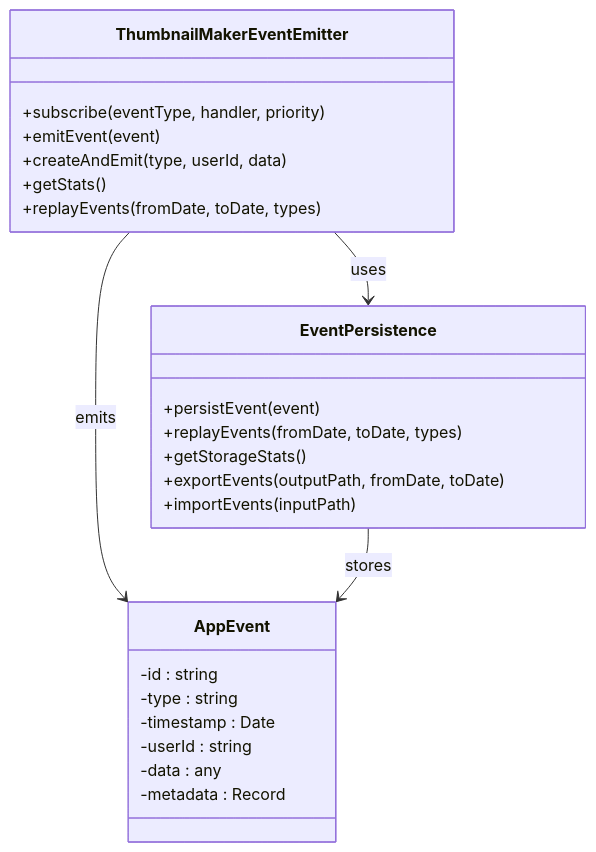
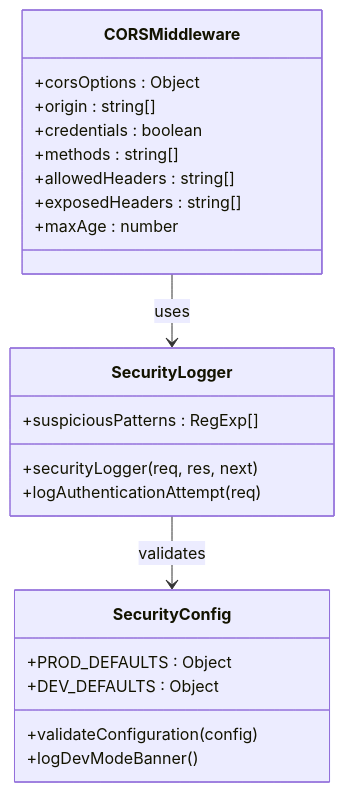
One commit to Brimstow/ThumPiks changed diagram 12 of 23 in .qoder/repowiki/en/content/Backend Architecture/Backend Architecture.md. Above: the diagram before and after it, drawn with Mermaid. The commit also changed other lines of this file and 900 other files, not shown here.

````diff
--- a/.qoder/repowiki/en/content/Backend Architecture/Backend Architecture.md
+++ b/.qoder/repowiki/en/content/Backend Architecture/Backend Architecture.md
@@ -199,28 +678,25 @@
 ```mermaid
 classDiagram
-class ThumbnailMakerEventEmitter {
-+subscribe(eventType, handler, priority)
-+emitEvent(event)
-+createAndEmit(type, userId, data)
-+getStats()
-+replayEvents(fromDate, toDate, types)
+class CORSMiddleware {
++corsOptions : Object
++origin : string[]
++credentials : boolean
++methods : string[]
++allowedHeaders : string[]
++exposedHeaders : string[]
++maxAge : number
 }
-class EventPersistence {
-+persistEvent(event)
-+replayEvents(fromDate, toDate, types)
-+getStorageStats()
-+exportEvents(outputPath, fromDate, toDate)
-+importEvents(inputPath)
+class SecurityLogger {
++securityLogger(req, res, next)
++suspiciousPatterns : RegExp[]
++logAuthenticationAttempt(req)
 }
-class AppEvent {
--id : string
--type : string
--timestamp : Date
--userId : string
--data : any
--metadata : Record
+class SecurityConfig {
++PROD_DEFAULTS : Object
++DEV_DEFAULTS : Object
++validateConfiguration(config)
++logDevModeBanner()
 }
-ThumbnailMakerEventEmitter --> EventPersistence : uses
-ThumbnailMakerEventEmitter --> AppEvent : emits
-EventPersistence --> AppEvent : stores
+CORSMiddleware --> SecurityLogger : uses
+SecurityLogger --> SecurityConfig : validates
 ```
````
